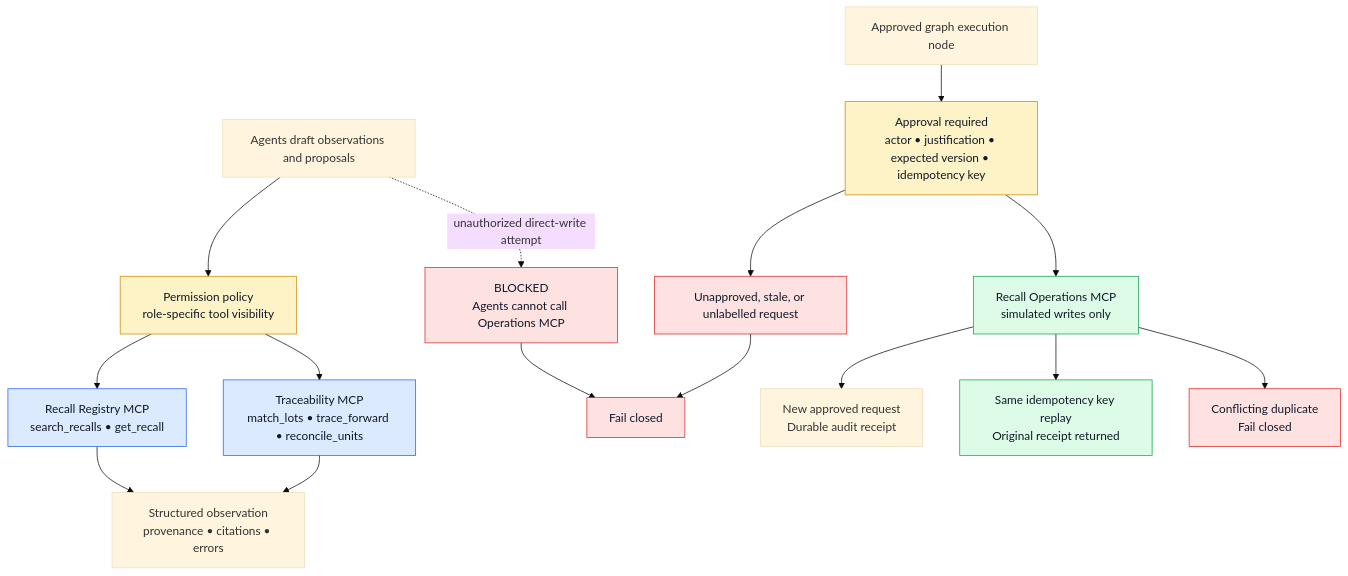
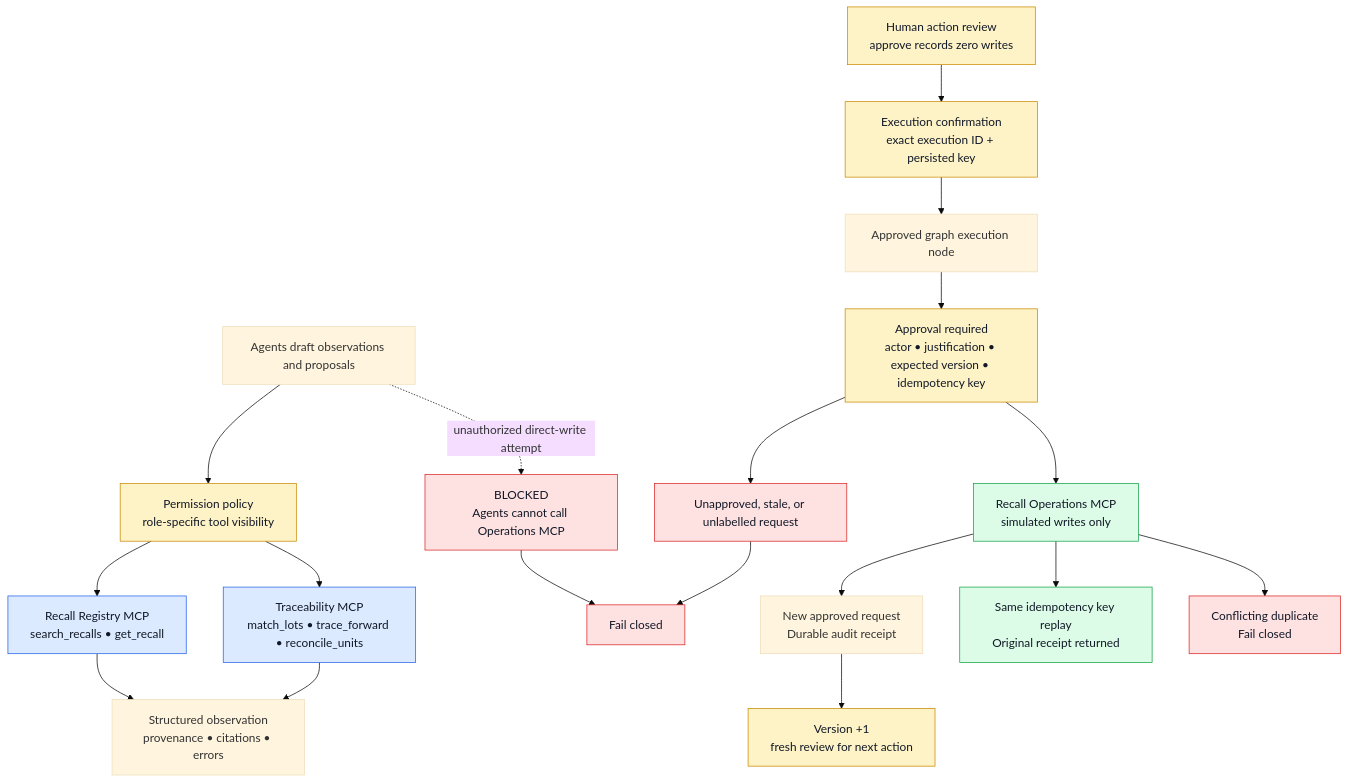
One commit to nagarjunakanamarlapudi/reacall-agents changed the diagram in docs/images/04_mcp_tool_safety.mmd. Above: the diagram before and after it, drawn with Mermaid (base theme). The commit also changed 34 other files, not shown here.

```diff
--- a/docs/images/04_mcp_tool_safety.mmd
+++ b/docs/images/04_mcp_tool_safety.mmd
@@ -1,19 +1,21 @@
 flowchart TB
   classDef read fill:#dbeafe,stroke:#2563eb,color:#111827
   classDef write fill:#dcfce7,stroke:#16a34a,color:#111827
   classDef block fill:#fee2e2,stroke:#dc2626,color:#111827
   classDef gate fill:#fef3c7,stroke:#ca8a04,color:#111827
   AG["Agents draft observations and proposals"] --> SEL["Permission policy<br/>role-specific tool visibility"]:::gate
   SEL --> RR["Recall Registry MCP<br/>search_recalls • get_recall"]:::read
   SEL --> TM["Traceability MCP<br/>match_lots • trace_forward • reconcile_units"]:::read
   RR --> OBS["Structured observation<br/>provenance • citations • errors"]
   TM --> OBS
   AG -. "unauthorized direct-write attempt" .-> BLOCKED["BLOCKED<br/>Agents cannot call Operations MCP"]:::block
   BLOCKED --> DENY["Fail closed"]:::block
-  GR["Approved graph execution node"] --> AP["Approval required<br/>actor • justification • expected version • idempotency key"]:::gate
+  HR["Human action review<br/>approve records zero writes"]:::gate --> EC["Execution confirmation<br/>exact execution ID + persisted key"]:::gate
+  EC --> GR["Approved graph execution node"] --> AP["Approval required<br/>actor • justification • expected version • idempotency key"]:::gate
   AP --> OM["Recall Operations MCP<br/>simulated writes only"]:::write
   OM --> NEW["New approved request<br/>Durable audit receipt"]
   OM --> REPLAY["Same idempotency key replay<br/>Original receipt returned"]:::write
   OM --> DUP["Conflicting duplicate<br/>Fail closed"]:::block
+  NEW --> NEXT["Version +1<br/>fresh review for next action"]:::gate
   BAD["Unapproved, stale, or unlabelled request"]:::block --> DENY
   AP --> BAD
```
